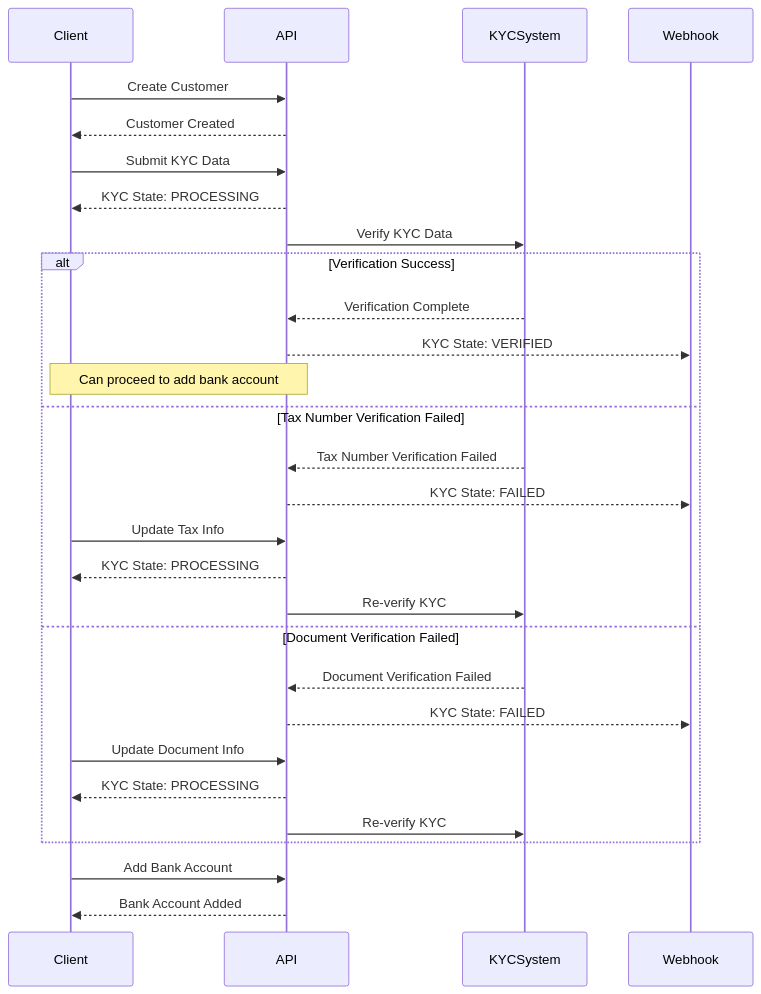
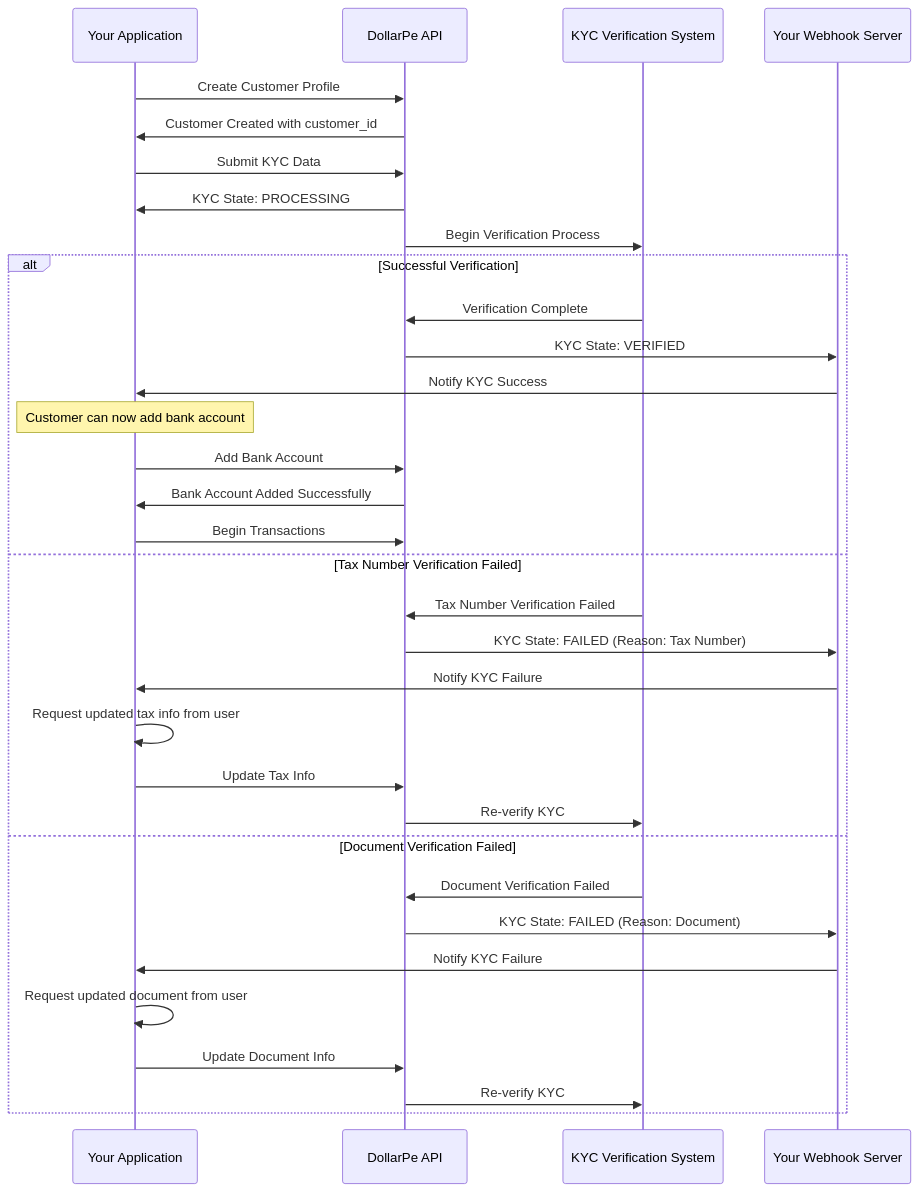
Before and after one commit to DollarPe-Infra/docs: the second of 2 diagrams in guides/kyc.mdx, drawn with Mermaid. The commit also changed other lines of this file and 9 other files, not shown here.

````diff
--- a/guides/kyc.mdx
+++ b/guides/kyc.mdx
@@ -71,40 +87,38 @@
 ```mermaid
 sequenceDiagram
-    participant Client
-    participant API
-    participant KYCSystem
-    participant Webhook
-
-    %% Create Customer
-    Client->>API: Create Customer
-    API-->>Client: Customer Created
-
-    %% Add KYC Data
-    Client->>API: Submit KYC Data
-    API-->>Client: KYC State: PROCESSING
+    participant App as Your Application
+    participant API as DollarPe API
+    participant KYC as KYC Verification System
+    participant Webhook as Your Webhook Server
     
-    %% Verification Process
-    API->>KYCSystem: Verify KYC Data
+    App->>API: Create Customer Profile
+    API->>App: Customer Created with customer_id
     
-    alt Verification Success
-        KYCSystem-->>API: Verification Complete
-        API-->>Webhook: KYC State: VERIFIED
-        Note over Client,API: Can proceed to add bank account
+    App->>API: Submit KYC Data
+    API->>App: KYC State: PROCESSING
+    API->>KYC: Begin Verification Process
+    
+    alt Successful Verification
+        KYC->>API: Verification Complete
+        API->>Webhook: KYC State: VERIFIED
+        Webhook->>App: Notify KYC Success
+        Note over App: Customer can now add bank account
+        App->>API: Add Bank Account
+        API->>App: Bank Account Added Successfully
+        App->>API: Begin Transactions
     else Tax Number Verification Failed
-        KYCSystem-->>API: Tax Number Verification Failed
-        API-->>Webhook: KYC State: FAILED
-        Client->>API: Update Tax Info
-        API-->>Client: KYC State: PROCESSING
-        API->>KYCSystem: Re-verify KYC
+        KYC->>API: Tax Number Verification Failed
+        API->>Webhook: KYC State: FAILED (Reason: Tax Number)
+        Webhook->>App: Notify KYC Failure
+        App->>App: Request updated tax info from user
+        App->>API: Update Tax Info
+        API->>KYC: Re-verify KYC
     else Document Verification Failed
-        KYCSystem-->>API: Document Verification Failed
-        API-->>Webhook: KYC State: FAILED
-        Client->>API: Update Document Info
-        API-->>Client: KYC State: PROCESSING
-        API->>KYCSystem: Re-verify KYC
+        KYC->>API: Document Verification Failed
+        API->>Webhook: KYC State: FAILED (Reason: Document)
+        Webhook->>App: Notify KYC Failure
+        App->>App: Request updated document from user
+        App->>API: Update Document Info
+        API->>KYC: Re-verify KYC
     end
-
-    %% Final Success
-    Client->>API: Add Bank Account
-    API-->>Client: Bank Account Added
 ```
````
